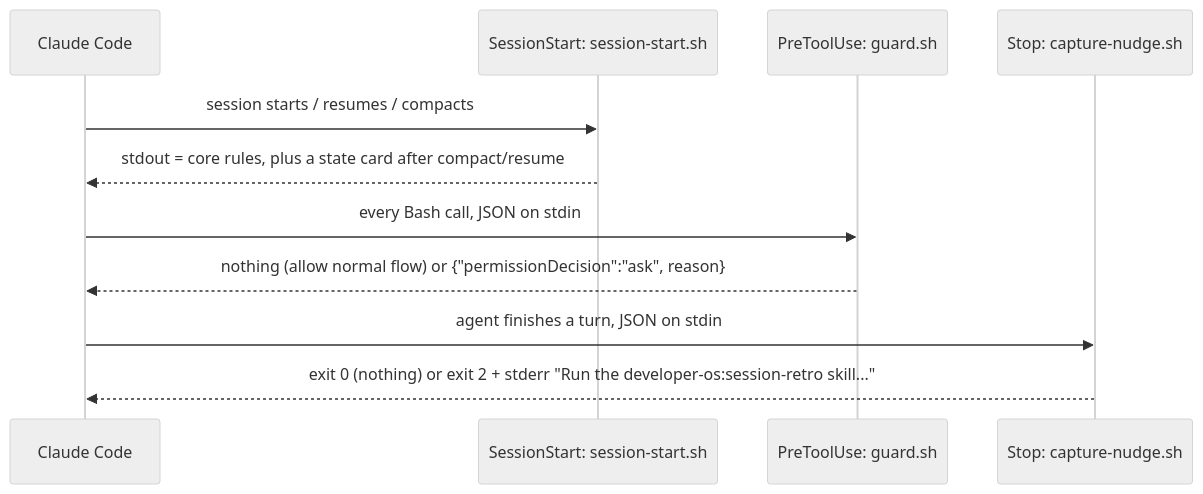
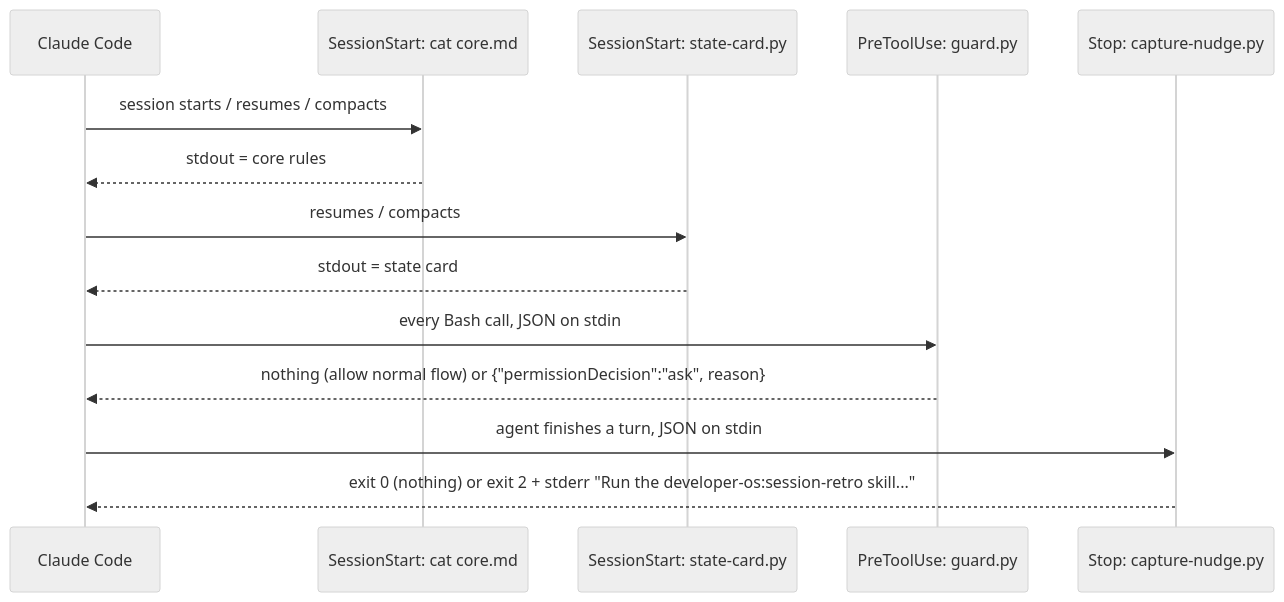
One commit to msolecki/developer-os changed the first of 2 diagrams in docs/architecture/overview.md. Above: the diagram before and after it, drawn with Mermaid (neutral theme). The commit also changed other lines of this file and 41 other files, not shown here.

First line of the commit message:
fix(hooks): Python hooks and a literal cat for the core rules, for the plugin-directory validator

````diff
--- a/docs/architecture/overview.md
+++ b/docs/architecture/overview.md
@@ -60,13 +60,16 @@
 ```mermaid
 sequenceDiagram
   participant CC as Claude Code
-  participant SS as SessionStart: session-start.sh
-  participant G as PreToolUse: guard.sh
-  participant N as Stop: capture-nudge.sh
-  CC->>SS: session starts / resumes / compacts
-  SS-->>CC: stdout = core rules, plus a state card after compact/resume
+  participant R as SessionStart: cat core.md
+  participant SS as SessionStart: state-card.py
+  participant G as PreToolUse: guard.py
+  participant N as Stop: capture-nudge.py
+  CC->>R: session starts / resumes / compacts
+  R-->>CC: stdout = core rules
+  CC->>SS: resumes / compacts
+  SS-->>CC: stdout = state card
   CC->>G: every Bash call, JSON on stdin
   G-->>CC: nothing (allow normal flow) or {"permissionDecision":"ask", reason}
   CC->>N: agent finishes a turn, JSON on stdin
   N-->>CC: exit 0 (nothing) or exit 2 + stderr "Run the developer-os:session-retro skill..."
 ```
````
